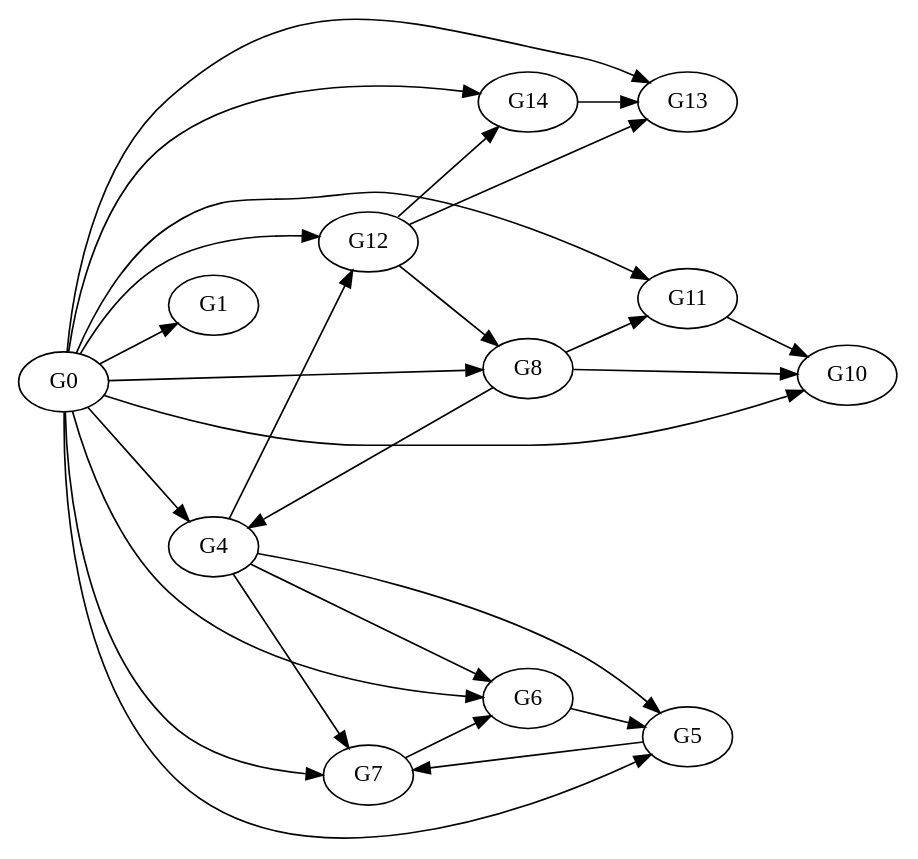
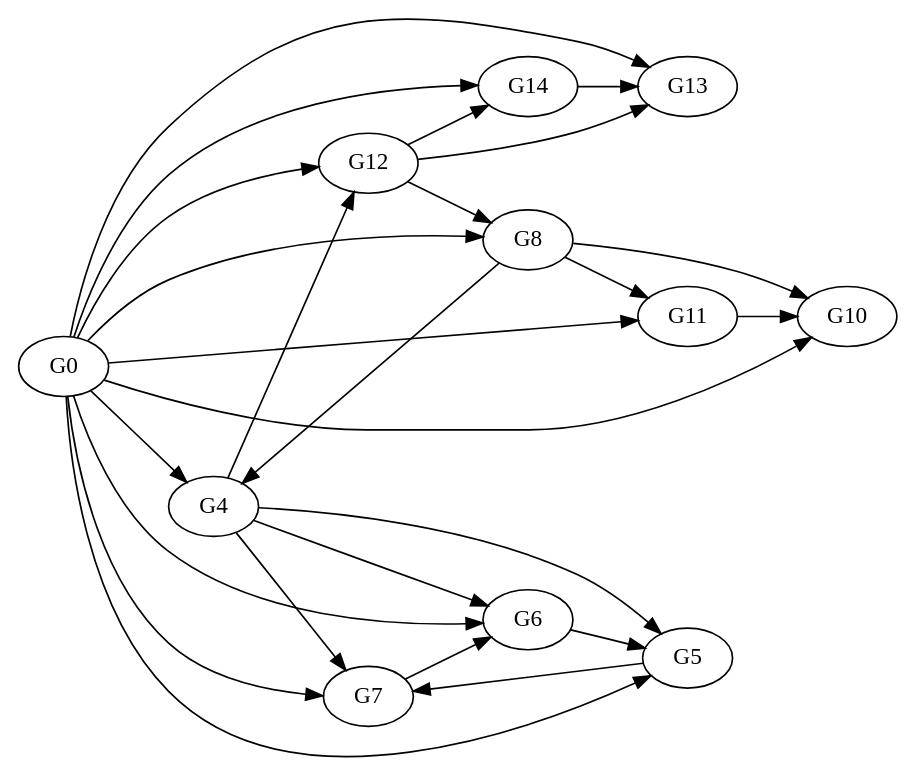
One commit to linn24/FYP changed the diagram in GeneRegulatoryNetwork_Linn/Example_2.dot. Above: the diagram before and after it, drawn with Graphviz. The commit also changed 1 other file, not shown here.

```diff
--- a/GeneRegulatoryNetwork_Linn/Example_2.dot
+++ b/GeneRegulatoryNetwork_Linn/Example_2.dot
@@ -1,41 +1,39 @@
 digraph "Example_1" {
 	rankdir=LR;
 	"G4" [position="138,454"];
 	"G14" [position="492,454"];
 	"G13" [position="219,509"];
-	"G1" [position="411,46"];
 	"G12" [position="315,528"];
 	"G0" [position="546,373"];
 	"G11" [position="219,46"];
 	"G10" [position="315,27"];
 	"G8" [position="411,509"];
 	"G7" [position="492,101"];
 	"G6" [position="546,182"];
 	"G5" [position="65,278"];
-	"G0" -> "G7";
+	"G8" -> "G11";
+	"G11" -> "G10";
+	"G12" -> "G13";
 	"G8" -> "G10";
-	"G12" -> "G13";
-	"G4" -> "G12";
-	"G0" -> "G1";
 	"G8" -> "G4";
 	"G12" -> "G8";
-	"G0" -> "G4";
-	"G4" -> "G7";
+	"G4" -> "G5";
+	"G0" -> "G6";
+	"G0" -> "G7";
+	"G0" -> "G8";
 	"G5" -> "G7";
 	"G6" -> "G5";
-	"G0" -> "G12";
 	"G7" -> "G6";
 	"G0" -> "G13";
 	"G0" -> "G14";
-	"G0" -> "G8";
+	"G4" -> "G12";
 	"G12" -> "G14";
 	"G14" -> "G13";
-	"G4" -> "G5";
+	"G0" -> "G4";
+	"G0" -> "G5";
 	"G4" -> "G6";
+	"G4" -> "G7";
 	"G0" -> "G10";
 	"G0" -> "G11";
-	"G8" -> "G11";
-	"G0" -> "G5";
-	"G0" -> "G6";
-	"G11" -> "G10";
+	"G0" -> "G12";
 }
```
